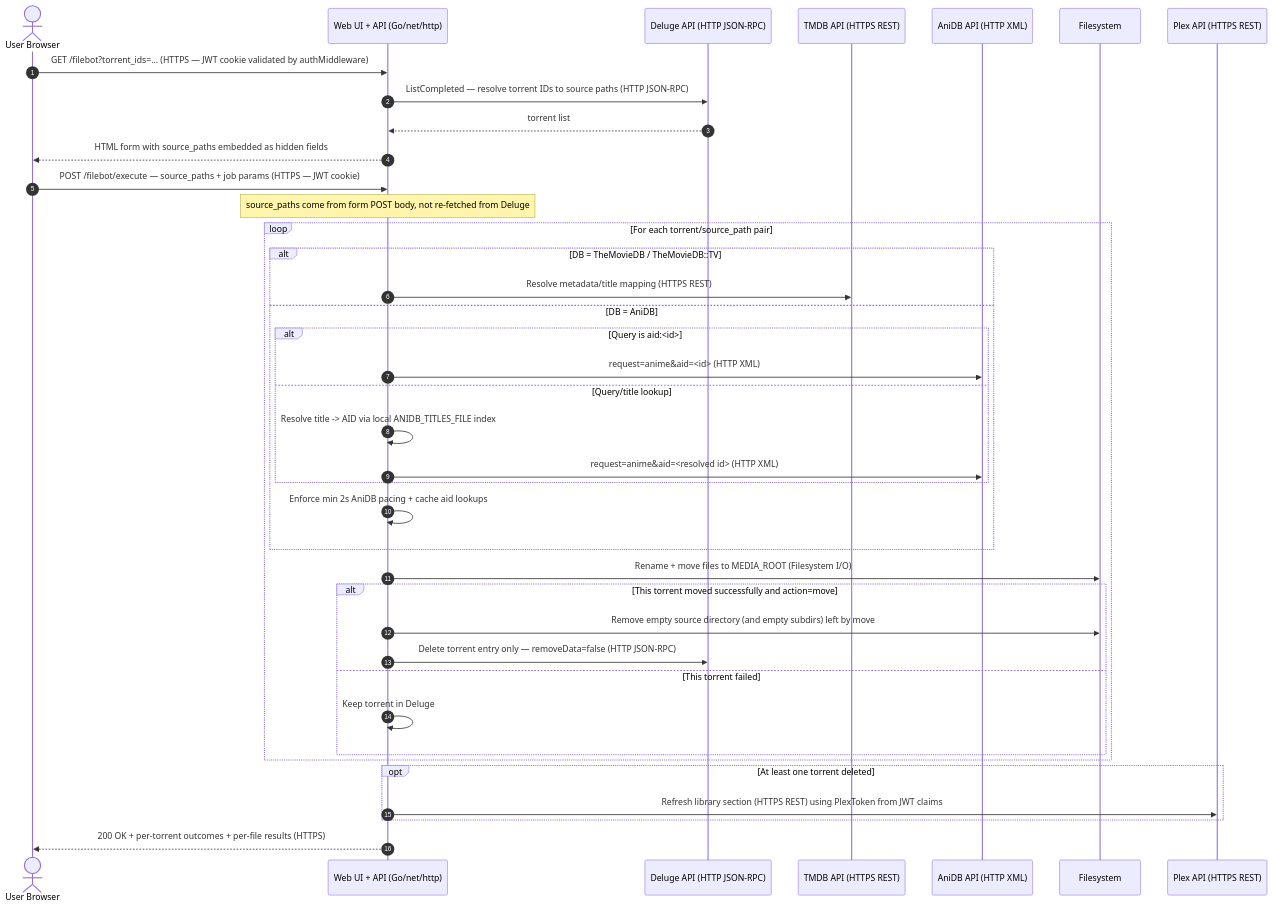
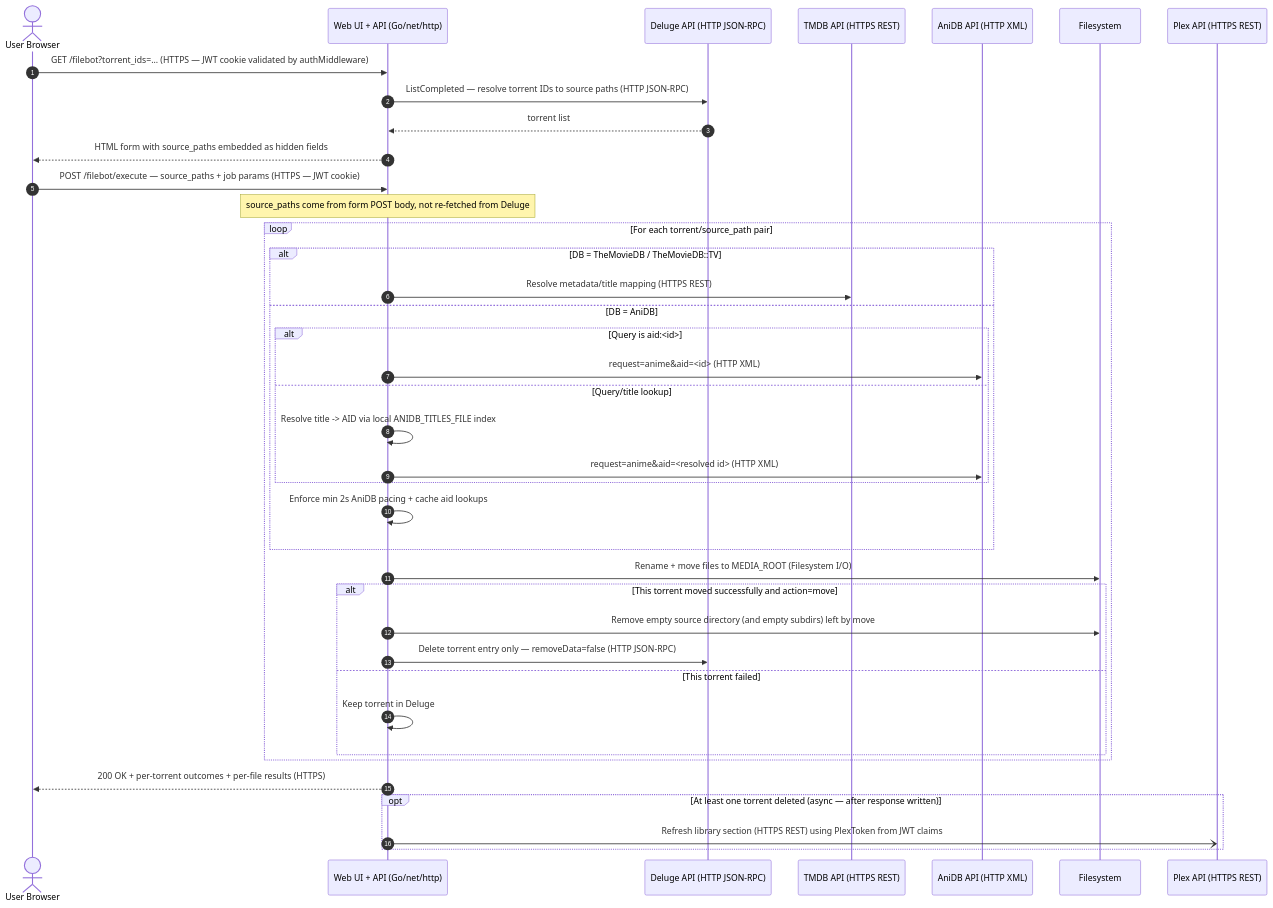
One commit to darknessnerd/filebot-webui changed the second of 3 diagrams in doc/architecture.md. Above: the diagram before and after it, drawn with Mermaid. The commit also changed other lines of this file and 4 other files, not shown here.

Commit message:
fix: plex refresh

````diff
--- a/doc/architecture.md
+++ b/doc/architecture.md
@@ -41,43 +41,43 @@
 ```mermaid
 sequenceDiagram
   autonumber
   actor User as User Browser
   participant API as Web UI + API (Go/net/http)
   participant Deluge as Deluge API (HTTP JSON-RPC)
   participant TMDB as TMDB API (HTTPS REST)
   participant AniDB as AniDB API (HTTP XML)
   participant FS as Filesystem
   participant Plex as Plex API (HTTPS REST)
 
   User->>API: GET /filebot?torrent_ids=... (HTTPS — JWT cookie validated by authMiddleware)
   API->>Deluge: ListCompleted — resolve torrent IDs to source paths (HTTP JSON-RPC)
   Deluge-->>API: torrent list
   API-->>User: HTML form with source_paths embedded as hidden fields
 
   User->>API: POST /filebot/execute — source_paths + job params (HTTPS — JWT cookie)
   Note over API: source_paths come from form POST body, not re-fetched from Deluge
   loop For each torrent/source_path pair
     alt DB = TheMovieDB / TheMovieDB::TV
       API->>TMDB: Resolve metadata/title mapping (HTTPS REST)
     else DB = AniDB
       alt Query is aid:<id>
         API->>AniDB: request=anime&aid=<id> (HTTP XML)
       else Query/title lookup
         API->>API: Resolve title -> AID via local ANIDB_TITLES_FILE index
         API->>AniDB: request=anime&aid=<resolved id> (HTTP XML)
       end
       API->>API: Enforce min 2s AniDB pacing + cache aid lookups
     end
     API->>FS: Rename + move files to MEDIA_ROOT (Filesystem I/O)
     alt This torrent moved successfully and action=move
       API->>FS: Remove empty source directory (and empty subdirs) left by move
       API->>Deluge: Delete torrent entry only — removeData=false (HTTP JSON-RPC)
     else This torrent failed
       API->>API: Keep torrent in Deluge
     end
   end
-  opt At least one torrent deleted
-    API->>Plex: Refresh library section (HTTPS REST) using PlexToken from JWT claims
+  API-->>User: 200 OK + per-torrent outcomes + per-file results (HTTPS)
+  opt At least one torrent deleted (async — after response written)
+    API-)Plex: Refresh library section (HTTPS REST) using PlexToken from JWT claims
   end
-  API-->>User: 200 OK + per-torrent outcomes + per-file results (HTTPS)
 ```
````
